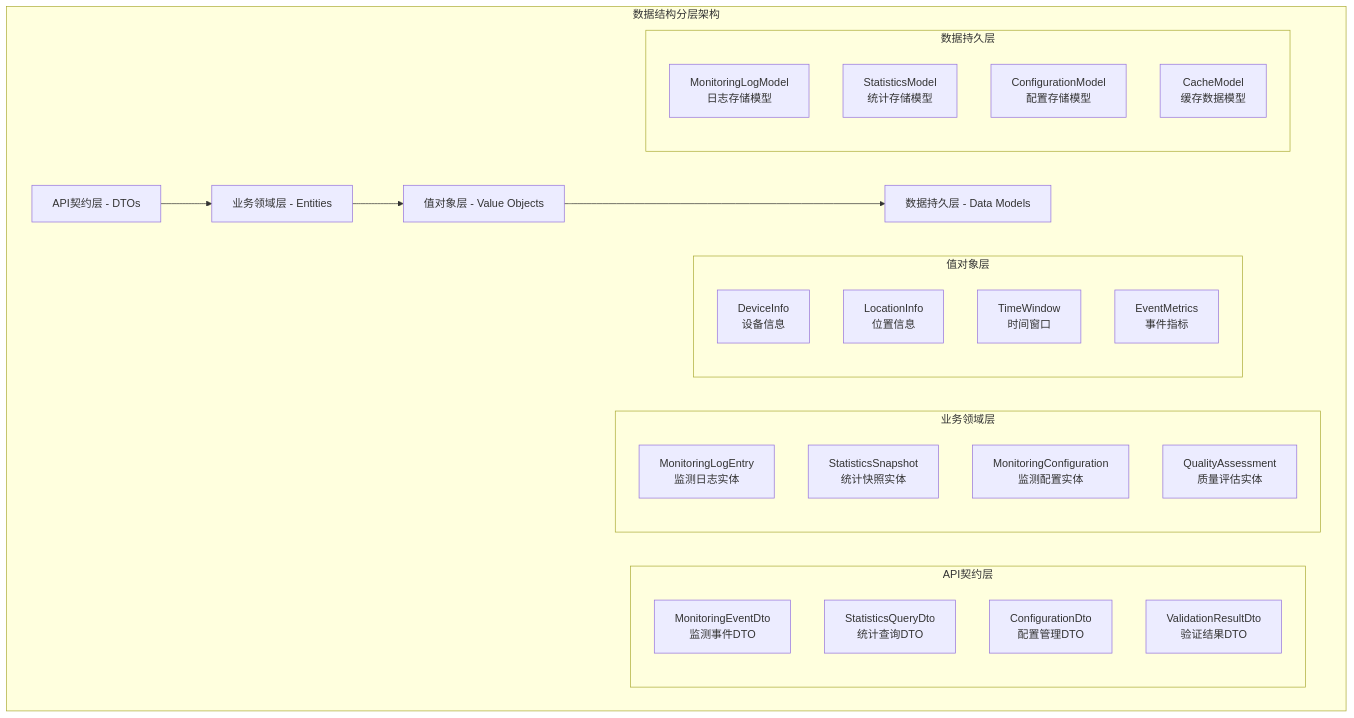
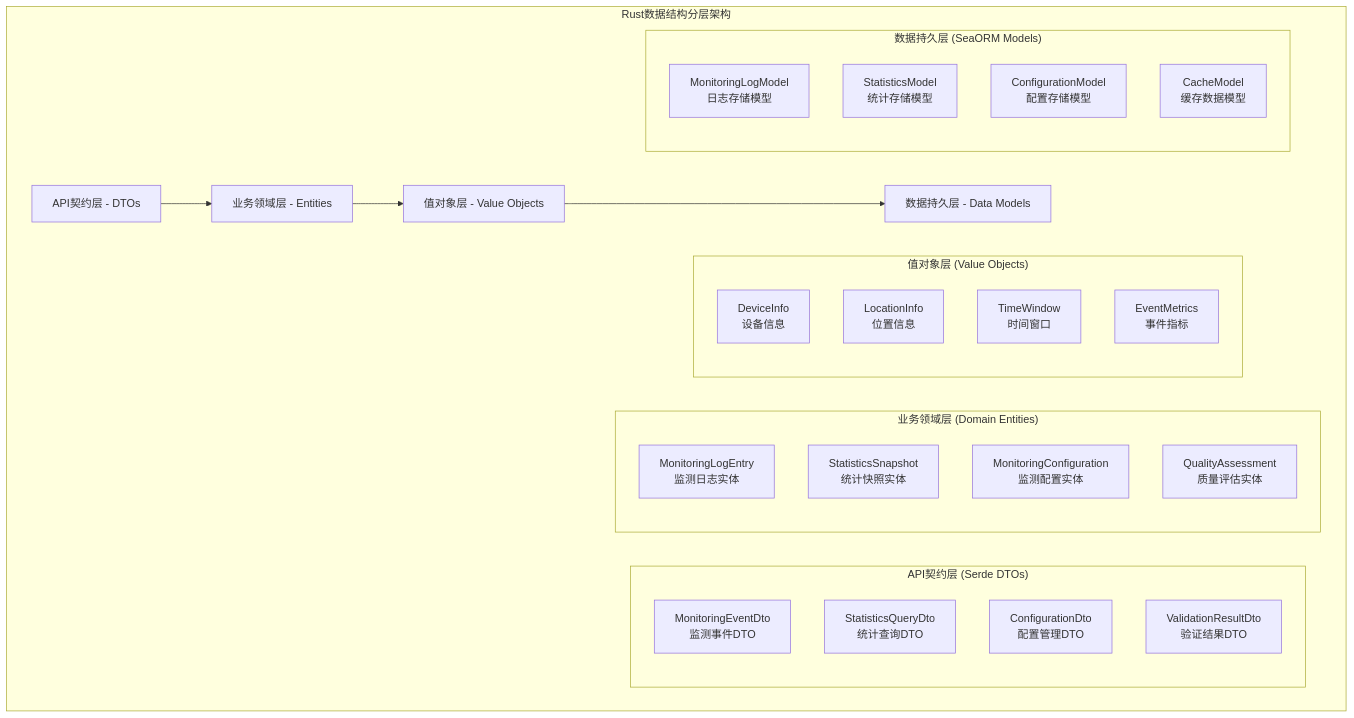
The first of 10 diagrams in docs_TecDesign/广告投放引擎/广告效果监测服务设计/广告效果监测服务数据结构设计.md (lornshrimp/Lorn.ADSP.Rust), drawn with Mermaid before and after one commit. The commit also changed other lines of this file and 8 other files, not shown here.

````diff
--- a/docs_TecDesign/广告投放引擎/广告效果监测服务设计/广告效果监测服务数据结构设计.md
+++ b/docs_TecDesign/广告投放引擎/广告效果监测服务设计/广告效果监测服务数据结构设计.md
@@ -9,36 +16,36 @@
 ```mermaid
 graph TB
-    subgraph "数据结构分层架构"
+    subgraph "Rust数据结构分层架构"
         A[API契约层 - DTOs] --> B[业务领域层 - Entities]
         B --> C[值对象层 - Value Objects]
         C --> D[数据持久层 - Data Models]
         
-        subgraph "API契约层"
+        subgraph "API契约层 (Serde DTOs)"
             A1[MonitoringEventDto<br/>监测事件DTO]
             A2[StatisticsQueryDto<br/>统计查询DTO]
             A3[ConfigurationDto<br/>配置管理DTO]
             A4[ValidationResultDto<br/>验证结果DTO]
         end
         
-        subgraph "业务领域层"
+        subgraph "业务领域层 (Domain Entities)"
             B1[MonitoringLogEntry<br/>监测日志实体]
             B2[StatisticsSnapshot<br/>统计快照实体]
             B3[MonitoringConfiguration<br/>监测配置实体]
             B4[QualityAssessment<br/>质量评估实体]
         end
         
-        subgraph "值对象层"
+        subgraph "值对象层 (Value Objects)"
             C1[DeviceInfo<br/>设备信息]
             C2[LocationInfo<br/>位置信息]
             C3[TimeWindow<br/>时间窗口]
             C4[EventMetrics<br/>事件指标]
         end
         
-        subgraph "数据持久层"
+        subgraph "数据持久层 (SeaORM Models)"
             D1[MonitoringLogModel<br/>日志存储模型]
             D2[StatisticsModel<br/>统计存储模型]
             D3[ConfigurationModel<br/>配置存储模型]
             D4[CacheModel<br/>缓存数据模型]
         end
     end
 ```
````
